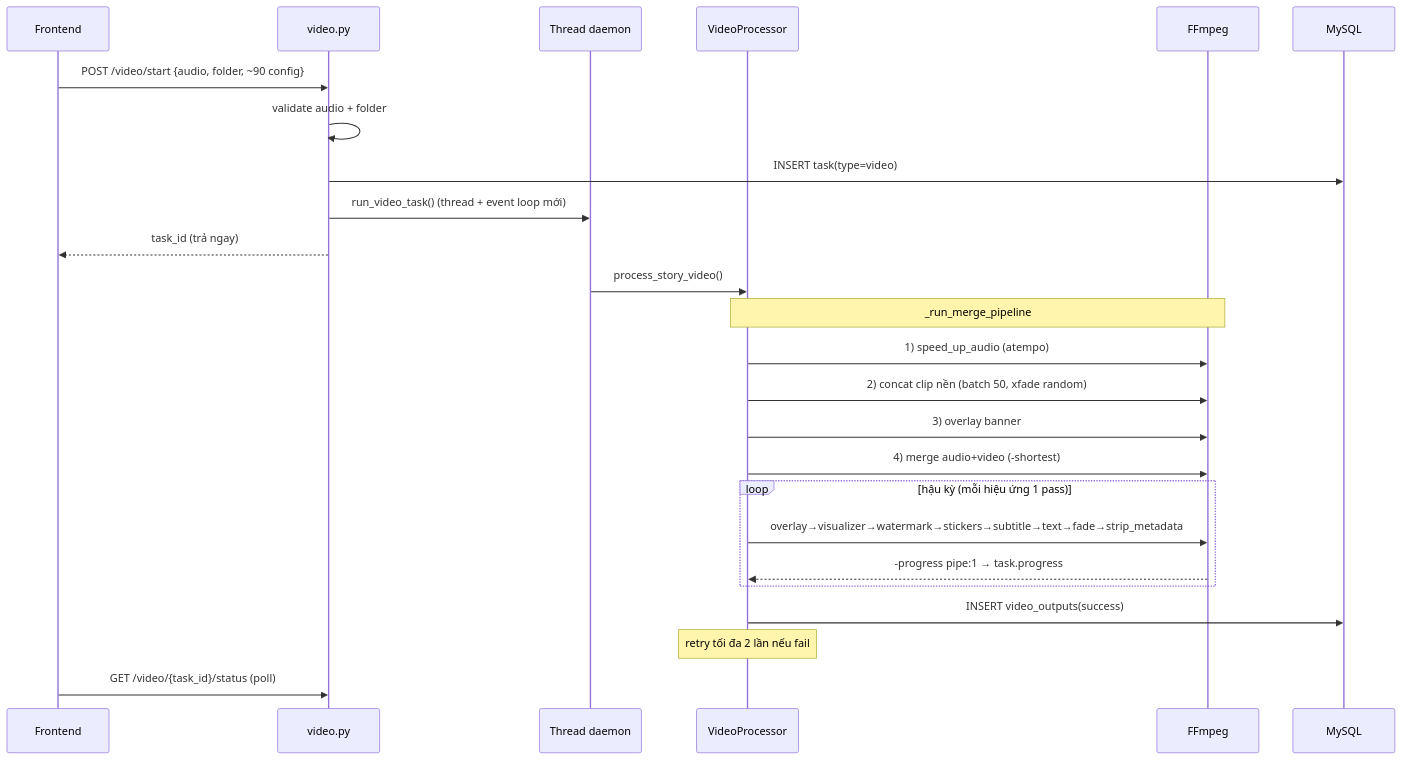
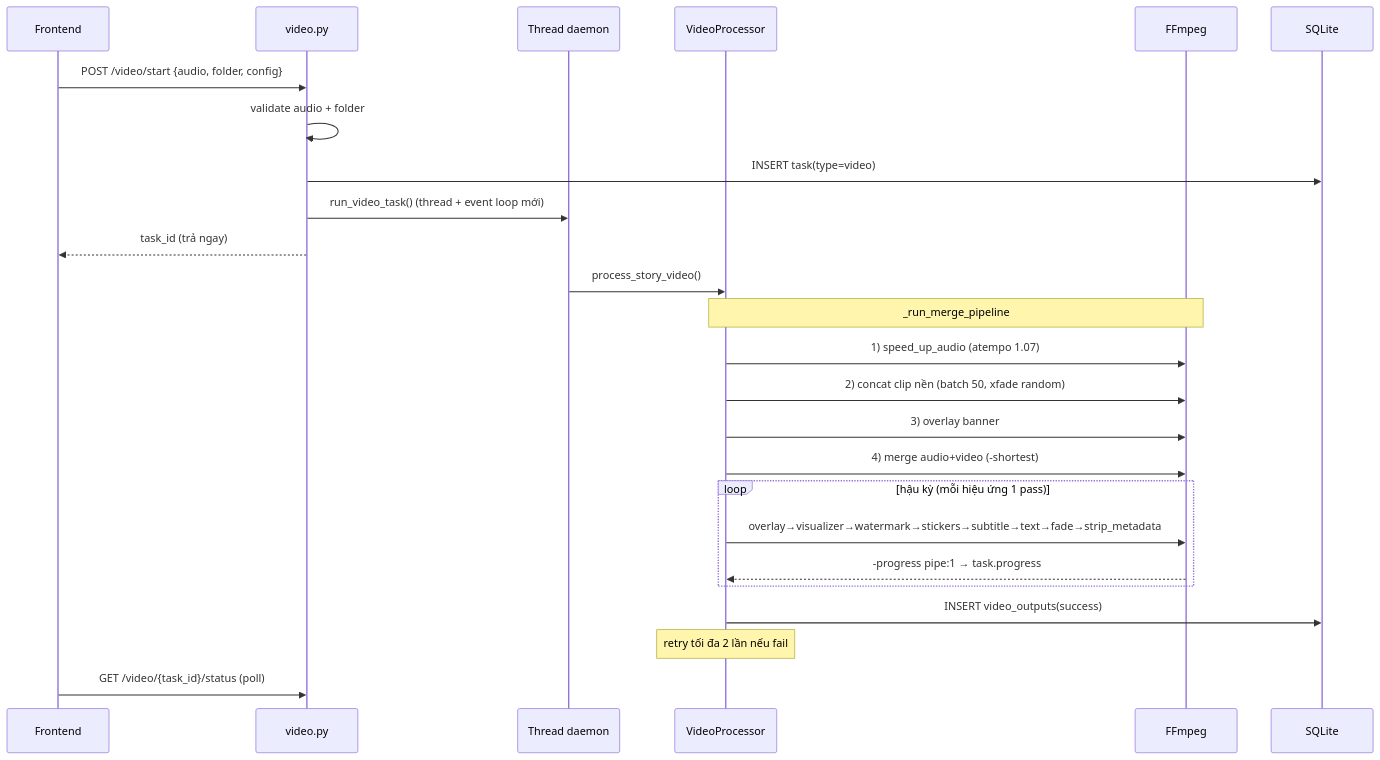
One commit to Duoclv-tech/App-audio-story changed the sixth of 8 diagrams in docs/PROJECT_DOCUMENTATION.md. Above: the diagram before and after it, drawn with Mermaid. The commit also changed other lines of this file and 4 other files, not shown here.

````diff
--- a/docs/PROJECT_DOCUMENTATION.md
+++ b/docs/PROJECT_DOCUMENTATION.md
@@ -560,28 +612,28 @@
 ```mermaid
 sequenceDiagram
     participant FE as Frontend
     participant API as video.py
     participant TH as Thread daemon
     participant SV as VideoProcessor
     participant FF as FFmpeg
-    participant DB as MySQL
+    participant DB as SQLite
 
-    FE->>API: POST /video/start {audio, folder, ~90 config}
+    FE->>API: POST /video/start {audio, folder, config}
     API->>API: validate audio + folder
     API->>DB: INSERT task(type=video)
     API->>TH: run_video_task() (thread + event loop mới)
     API-->>FE: task_id (trả ngay)
     TH->>SV: process_story_video()
     Note over SV,FF: _run_merge_pipeline
-    SV->>FF: 1) speed_up_audio (atempo)
+    SV->>FF: 1) speed_up_audio (atempo 1.07)
     SV->>FF: 2) concat clip nền (batch 50, xfade random)
     SV->>FF: 3) overlay banner
     SV->>FF: 4) merge audio+video (-shortest)
     loop hậu kỳ (mỗi hiệu ứng 1 pass)
         SV->>FF: overlay→visualizer→watermark→stickers→subtitle→text→fade→strip_metadata
         FF-->>SV: -progress pipe:1 → task.progress
     end
     SV->>DB: INSERT video_outputs(success)
     Note over SV: retry tối đa 2 lần nếu fail
     FE->>API: GET /video/{task_id}/status (poll)
 ```
````
